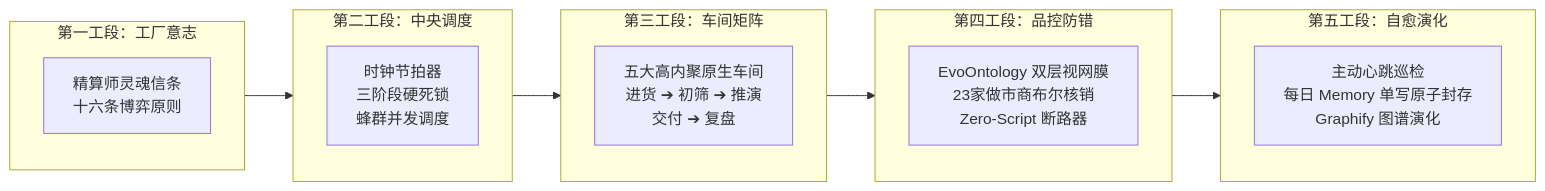
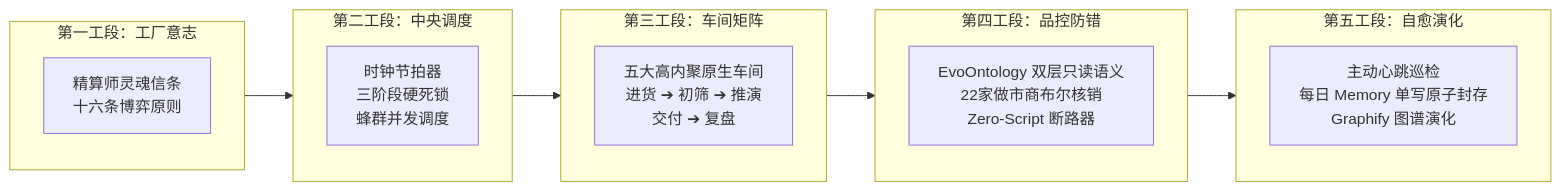
Before and after one commit to i0ivi0i/supodds: the first of 4 diagrams in README.md, drawn with Mermaid. The commit also changed other lines of this file and 20 other files, not shown here.

````diff
--- a/README.md
+++ b/README.md
@@ -39,24 +39,24 @@
 ```mermaid
 flowchart LR
     subgraph S1 ["第一工段：工厂意志"]
       D1["精算师灵魂信条<br/>十六条博弈原则"]
     end
 
     subgraph S2 ["第二工段：中央调度"]
       D2["时钟节拍器<br/>三阶段硬死锁<br/>蜂群并发调度"]
     end
 
     subgraph S3 ["第三工段：车间矩阵"]
       D3["五大高内聚原生车间<br/>进货 ➔ 初筛 ➔ 推演<br/>交付 ➔ 复盘"]
     end
 
     subgraph S4 ["第四工段：品控防错"]
-      D4["EvoOntology 双层视网膜<br/>23家做市商布尔核销<br/>Zero-Script 断路器"]
+      D4["EvoOntology 双层只读语义<br/>22家做市商布尔核销<br/>Zero-Script 断路器"]
     end
 
     subgraph S5 ["第五工段：自愈演化"]
       D5["主动心跳巡检<br/>每日 Memory 单写原子封存<br/>Graphify 图谱演化"]
     end
 
     S1 --> S2 --> S3 --> S4 --> S5
 ```
````
